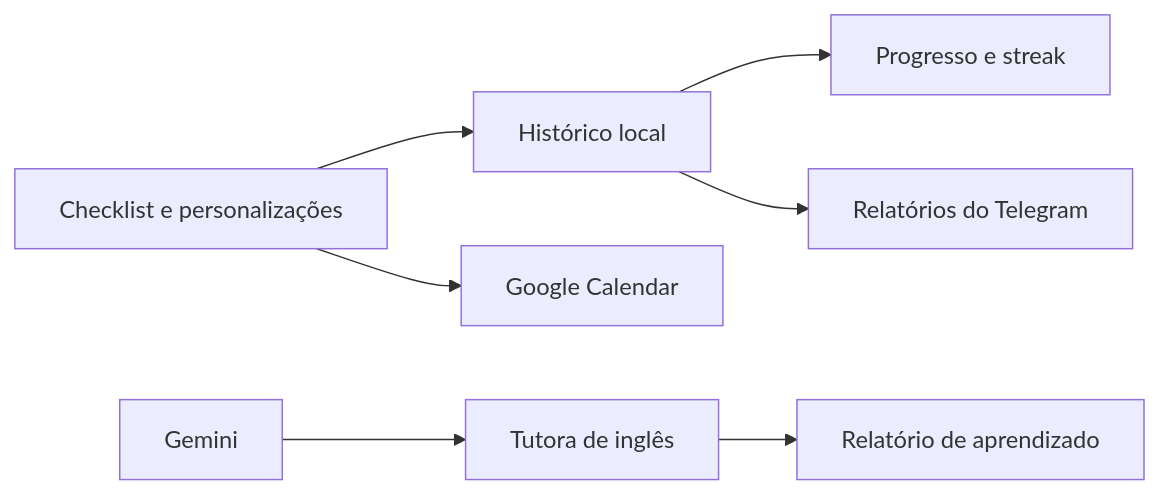
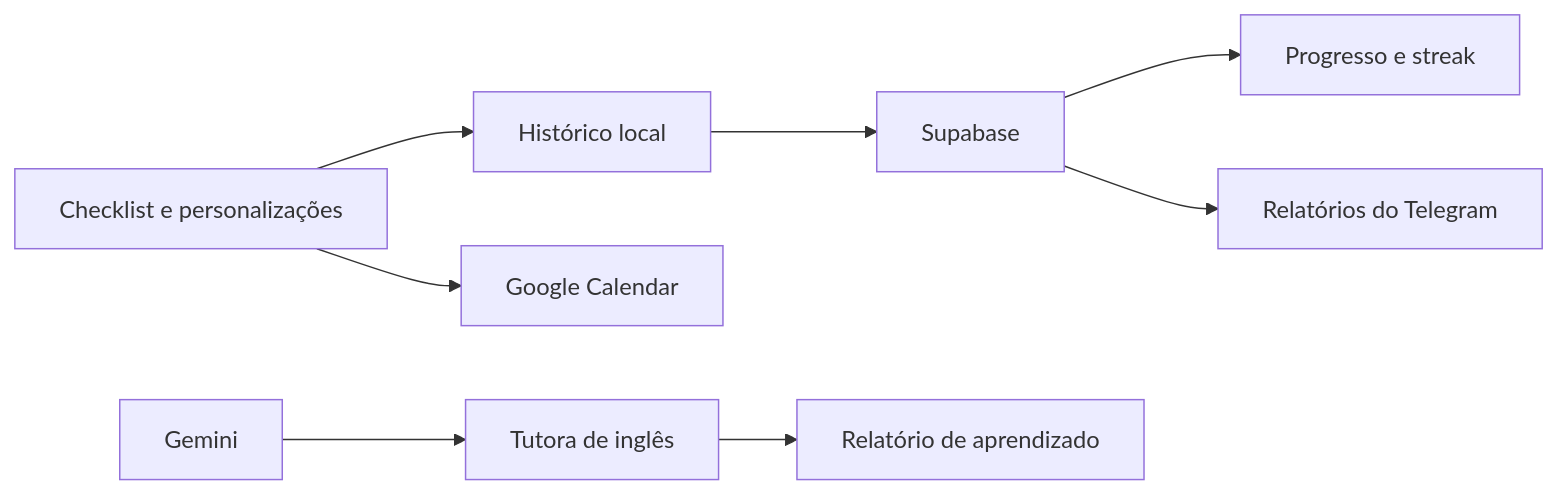
One commit to Vinicius-Barbosa-Santos/rotina changed the diagram in README.md. Above: the diagram before and after it, drawn with Mermaid. The commit also changed other lines of this file and 6 other files, not shown here.

````diff
--- a/README.md
+++ b/README.md
@@ -68,9 +68,10 @@
 ```mermaid
 flowchart LR
     A["Checklist e personalizações"] --> B["Histórico local"]
-    B --> C["Progresso e streak"]
-    B --> D["Relatórios do Telegram"]
-    A --> E["Google Calendar"]
+    B --> C["Supabase"]
+    C --> D["Progresso e streak"]
+    C --> E["Relatórios do Telegram"]
+    A --> I["Google Calendar"]
     F["Gemini"] --> G["Tutora de inglês"]
     G --> H["Relatório de aprendizado"]
 ```
````
